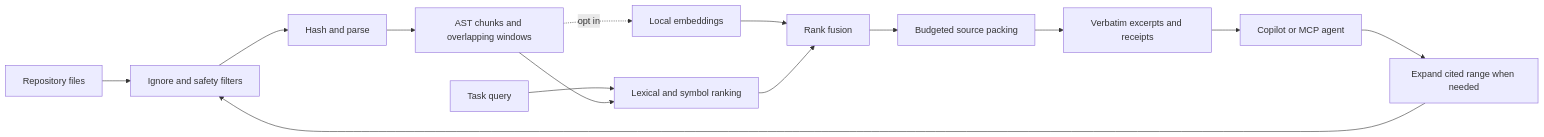
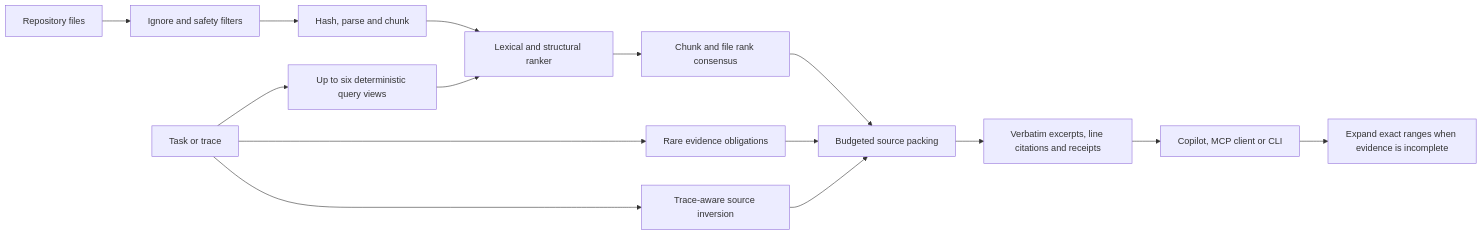
Before and after one commit to 2002-rokkam/reposqueeze: the diagram in docs/ARCHITECTURE.md, drawn with Mermaid. The commit also changed other lines of this file and 40 other files, not shown here.

````diff
--- a/docs/ARCHITECTURE.md
+++ b/docs/ARCHITECTURE.md
@@ -3,16 +3,17 @@
 ```mermaid
 flowchart LR
   A[Repository files] --> B[Ignore and safety filters]
-  B --> C[Hash and parse]
-  C --> D[AST chunks and overlapping windows]
-  Q[Task query] --> E[Lexical and symbol ranking]
+  B --> C[Hash, parse and chunk]
+  Q[Task or trace] --> D[Up to six deterministic query views]
+  C --> E[Lexical and structural ranker]
   D --> E
-  D -. opt in .-> F[Local embeddings]
-  F --> G[Rank fusion]
-  E --> G
-  G --> H[Budgeted source packing]
-  H --> I[Verbatim excerpts and receipts]
-  I --> J[Copilot or MCP agent]
-  J --> K[Expand cited range when needed]
-  K --> B
+  E --> F[Chunk and file rank consensus]
+  Q --> G[Rare evidence obligations]
+  Q --> H[Trace-aware source inversion]
+  F --> I[Budgeted source packing]
+  G --> I
+  H --> I
+  I --> J[Verbatim excerpts, line citations and receipts]
+  J --> K[Copilot, MCP client or CLI]
+  K --> L[Expand exact ranges when evidence is incomplete]
 ```
````
